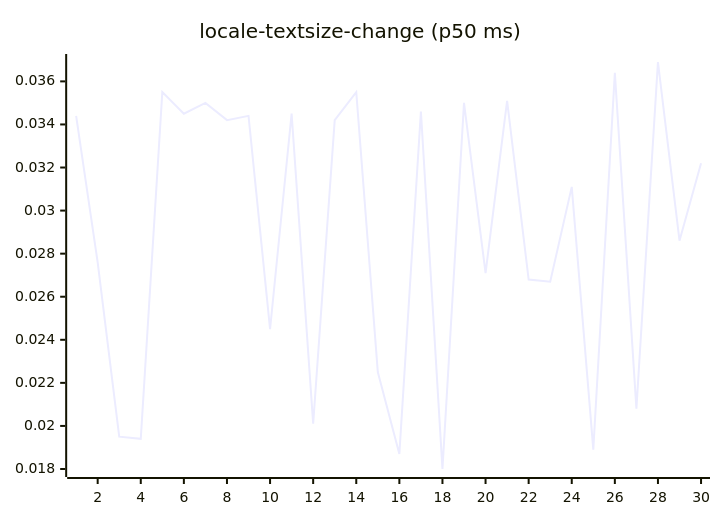
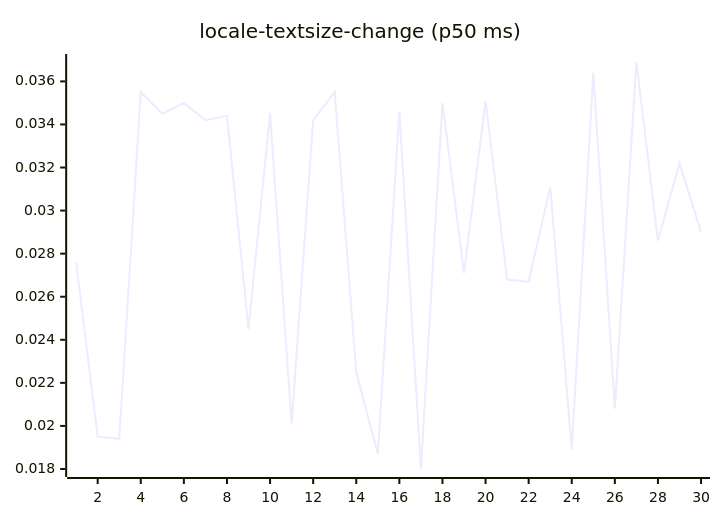
One commit to josha/Facet changed diagram 13 of 27 in README.md. Above: the diagram before and after it, drawn with Mermaid. The commit also changed other lines of this file and 2 other files, not shown here.

````diff
--- a/README.md
+++ b/README.md
@@ -147,6 +147,6 @@
 ```mermaid
 xychart-beta
     title "locale-textsize-change (p50 ms)"
     x-axis 1 --> 30
-    line [0.0344, 0.0276, 0.0195, 0.0194, 0.0355, 0.0345, 0.0350, 0.0342, 0.0344, 0.0245, 0.0345, 0.0201, 0.0342, 0.0355, 0.0225, 0.0187, 0.0346, 0.0180, 0.0350, 0.0271, 0.0351, 0.0268, 0.0267, 0.0311, 0.0189, 0.0364, 0.0208, 0.0369, 0.0286, 0.0322]
+    line [0.0276, 0.0195, 0.0194, 0.0355, 0.0345, 0.0350, 0.0342, 0.0344, 0.0245, 0.0345, 0.0201, 0.0342, 0.0355, 0.0225, 0.0187, 0.0346, 0.0180, 0.0350, 0.0271, 0.0351, 0.0268, 0.0267, 0.0311, 0.0189, 0.0364, 0.0208, 0.0369, 0.0286, 0.0322, 0.0290]
 ```
````
